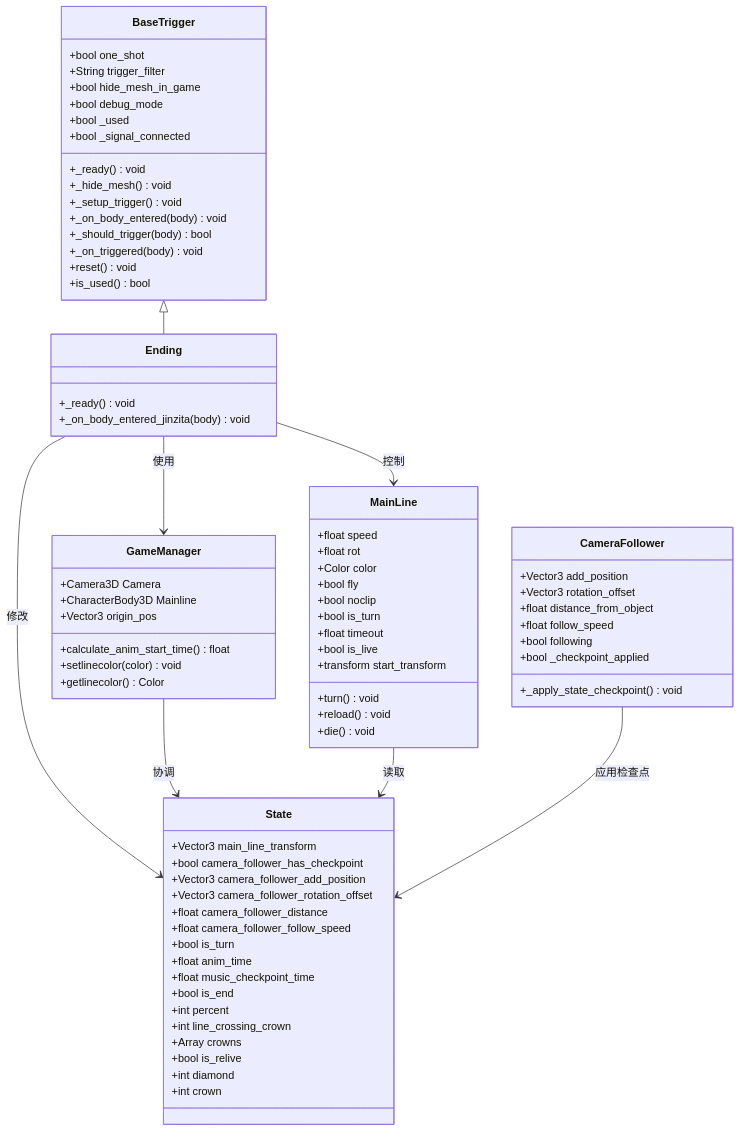
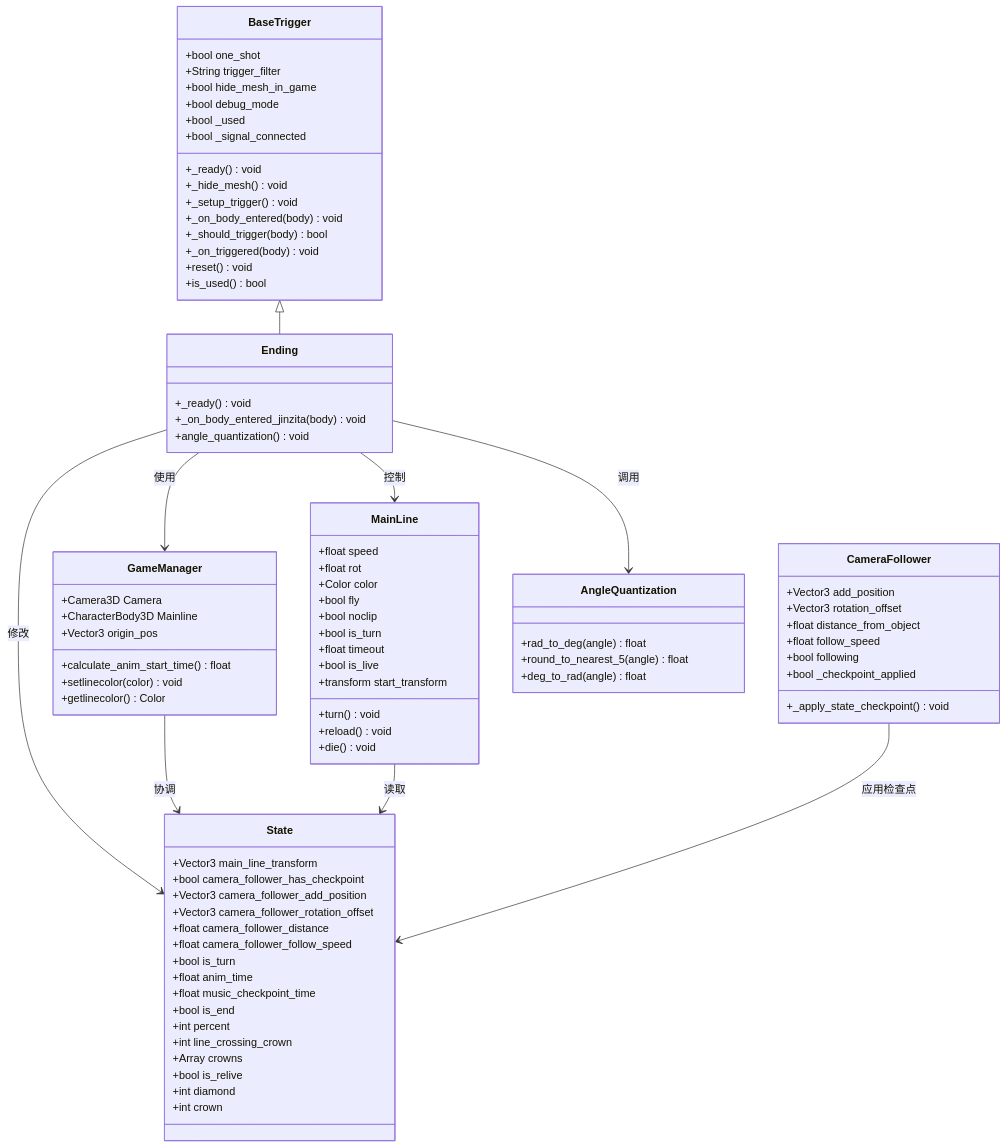
One commit to godotline/godot-line changed the second of 8 diagrams in .qoder/repowiki/zh/content/游戏系统/触发器系统/结局触发器.md. Above: the diagram before and after it, drawn with Mermaid. The commit also changed other lines of this file and 7 other files, not shown here.

```diff
--- a/.qoder/repowiki/zh/content/游戏系统/触发器系统/结局触发器.md
+++ b/.qoder/repowiki/zh/content/游戏系统/触发器系统/结局触发器.md
@@ -157,6 +165,7 @@
 class Ending {
 +_ready() void
 +_on_body_entered_jinzita(body) void
++angle_quantization() void
 }
 class GameManager {
 +Camera3D Camera
@@ -207,10 +216,16 @@
 +bool _checkpoint_applied
 +_apply_state_checkpoint() void
 }
+class AngleQuantization {
++rad_to_deg(angle) float
++round_to_nearest_5(angle) float
++deg_to_rad(angle) float
+}
 BaseTrigger <|-- Ending
 Ending --> GameManager : 使用
 Ending --> State : 修改
 Ending --> MainLine : 控制
+Ending --> AngleQuantization : 调用
 GameManager --> State : 协调
 MainLine --> State : 读取
 CameraFollower --> State : 应用检查点
```
